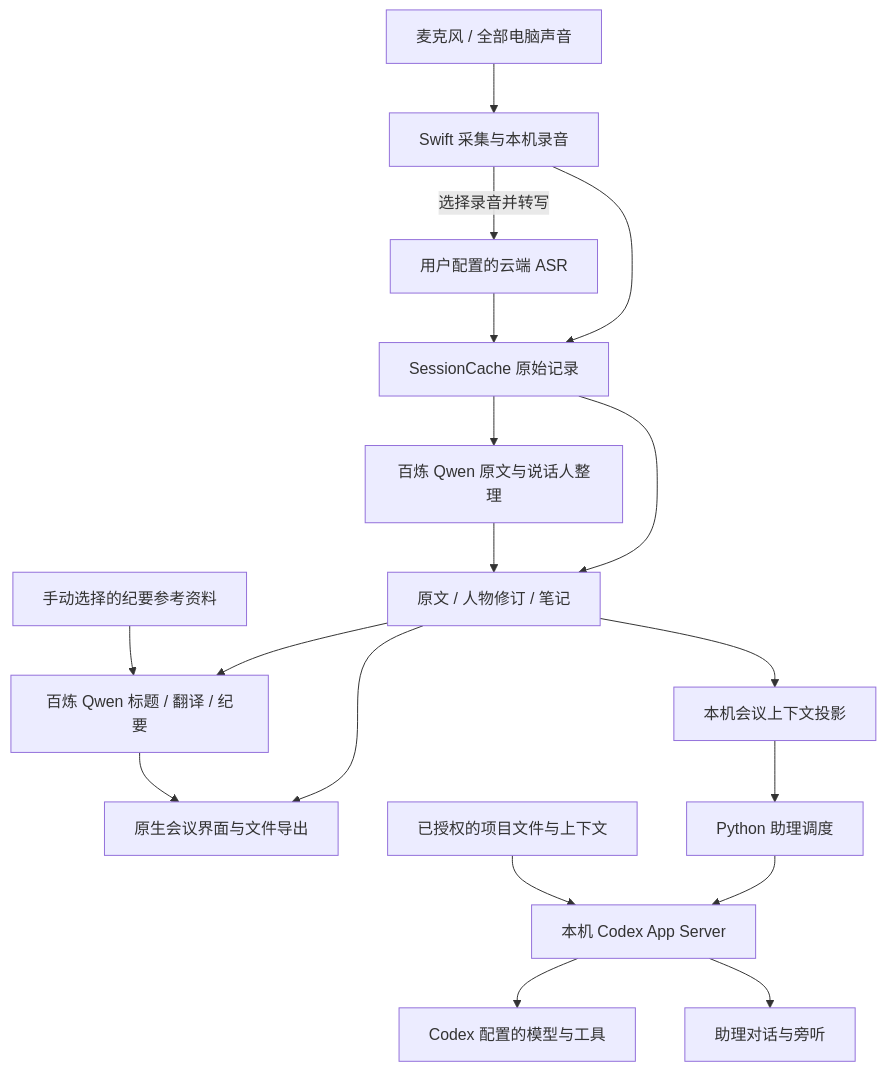
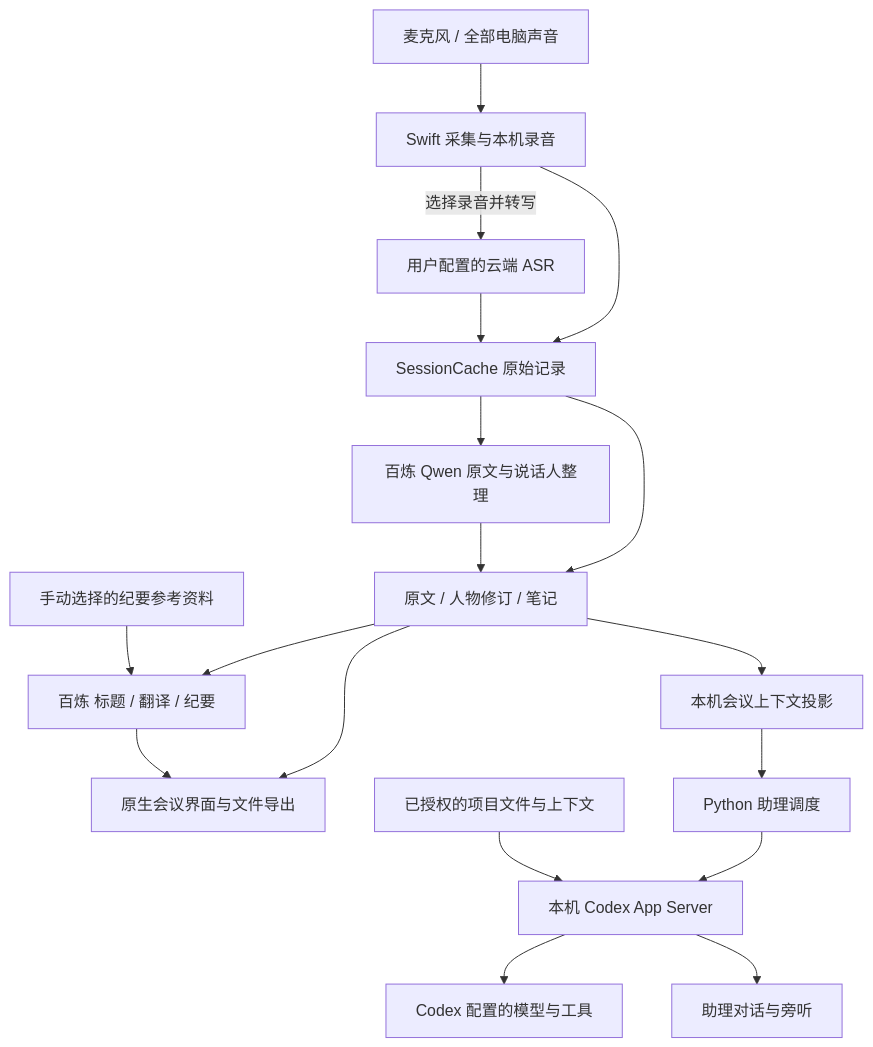
The diagram in docs/ARCHITECTURE.md (JoeSangAI/zaichang), drawn with Mermaid before and after one commit. The commit also changed other lines of this file and 9 other files, not shown here.

````diff
--- a/docs/ARCHITECTURE.md
+++ b/docs/ARCHITECTURE.md
@@ -5,20 +5,20 @@
 ```mermaid
 flowchart TD
     A[麦克风 / 全部电脑声音] --> B[Swift 采集与本机录音]
     B --> C[SessionCache 原始记录]
     B -->|选择录音并转写| D[用户配置的云端 ASR]
     D --> C
     C --> E[原文 / 人物修订 / 笔记]
     E --> F[原生会议界面与文件导出]
-    E --> M[百炼 Qwen 标题 / 翻译 / 纪要]
+    E --> M[百炼 标题 / 翻译 / 纪要]
     N[手动选择的纪要参考资料] --> M
     C --> O[百炼 Qwen 原文与说话人整理]
     O --> E
     M --> F
     E --> G[本机会议上下文投影]
     G --> H[Python 助理调度]
     H --> I[本机 Codex App Server]
     I --> J[Codex 配置的模型与工具]
     K[已授权的项目文件与上下文] --> I
     I --> L[助理对话与旁听]
 ```
````
